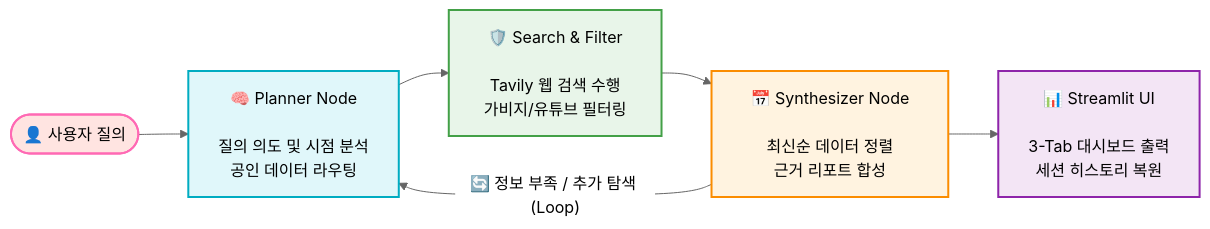
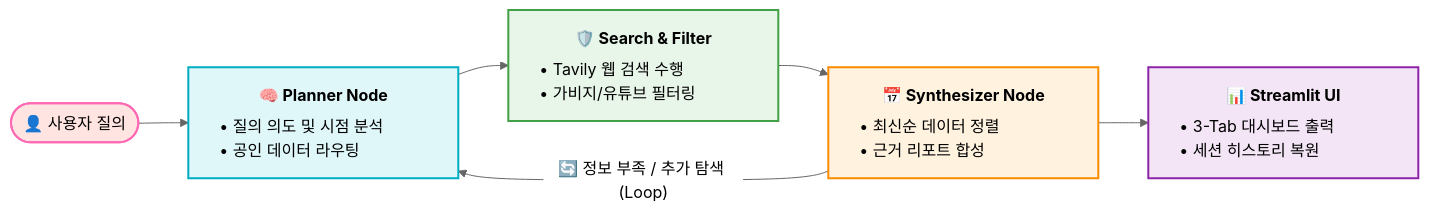
One commit to sbg990530/Document-Agent changed the diagram in README.md. Above: the diagram before and after it, drawn with Mermaid (neutral theme).

````diff
--- a/README.md
+++ b/README.md
@@ -19,39 +19,27 @@
 ```mermaid
 graph LR
     classDef userStyle fill:#FFE4E1,stroke:#FF69B4,stroke-width:2px,color:#000;
     classDef plannerStyle fill:#E0F7FA,stroke:#00ACC1,stroke-width:2px,color:#000;
     classDef filterStyle fill:#E8F5E9,stroke:#43A047,stroke-width:2px,color:#000;
     classDef synthStyle fill:#FFF3E0,stroke:#FB8C00,stroke-width:2px,color:#000;
     classDef uiStyle fill:#F3E5F5,stroke:#8E24AA,stroke-width:2px,color:#000;
 
     A([👤 사용자 질의]):::userStyle 
     
-    B["&nbsp;&nbsp;🧠 Planner Node&nbsp;&nbsp;
+    B["<table style='min-width: 210px; border-collapse: collapse;'><tr><td align='center'><b>🧠 Planner Node</b></td></tr><tr><td style='border-top: 1px solid #00ACC1; padding-top: 6px; text-align: left;'>• 질의 의도 및 시점 분석<br/>• 공인 데이터 라우팅</td></tr></table>"]:::plannerStyle
     
-    질의 의도 및 시점 분석
-    공인 데이터 라우팅"]:::plannerStyle
+    C["<table style='min-width: 210px; border-collapse: collapse;'><tr><td align='center'><b>🛡️ Search & Filter</b></td></tr><tr><td style='border-top: 1px solid #43A047; padding-top: 6px; text-align: left;'>• Tavily 웹 검색 수행<br/>• 가비지/유튜브 필터링</td></tr></table>"]:::filterStyle
     
-    C["&nbsp;&nbsp;🛡️ Search & Filter&nbsp;&nbsp;
+    D["<table style='min-width: 210px; border-collapse: collapse;'><tr><td align='center'><b>📅 Synthesizer Node</b></td></tr><tr><td style='border-top: 1px solid #FB8C00; padding-top: 6px; text-align: left;'>• 최신순 데이터 정렬<br/>• 근거 리포트 합성</td></tr></table>"]:::synthStyle
     
-    Tavily 웹 검색 수행
-    가비지/유튜브 필터링"]:::filterStyle
-    
-    D["&nbsp;&nbsp;📅 Synthesizer Node&nbsp;&nbsp;
-    
-    최신순 데이터 정렬
-    근거 리포트 합성"]:::synthStyle
-    
-    E["&nbsp;&nbsp;📊 Streamlit UI&nbsp;&nbsp;
-    
-    3-Tab 대시보드 출력
-    세션 히스토리 복원"]:::uiStyle
+    E["<table style='min-width: 210px; border-collapse: collapse;'><tr><td align='center'><b>📊 Streamlit UI</b></td></tr><tr><td style='border-top: 1px solid #8E24AA; padding-top: 6px; text-align: left;'>• 3-Tab 대시보드 출력<br/>• 세션 히스토리 복원</td></tr></table>"]:::uiStyle
 
     %% 정방향 파이프라인 흐름
     A --> B
     B --> C
     C --> D
     D --> E
     
     %% LangGraph 피드백 루프
     D -- "🔄 정보 부족 / 추가 탐색 (Loop)" --> B
 ```
````
